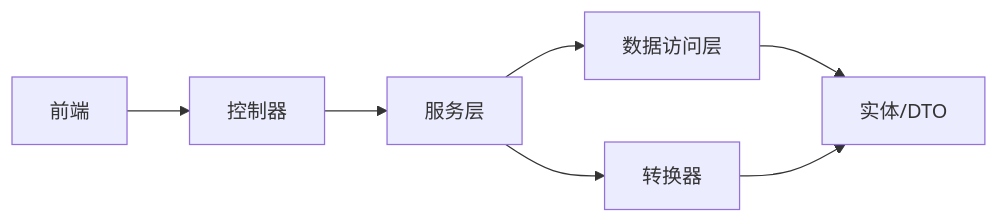
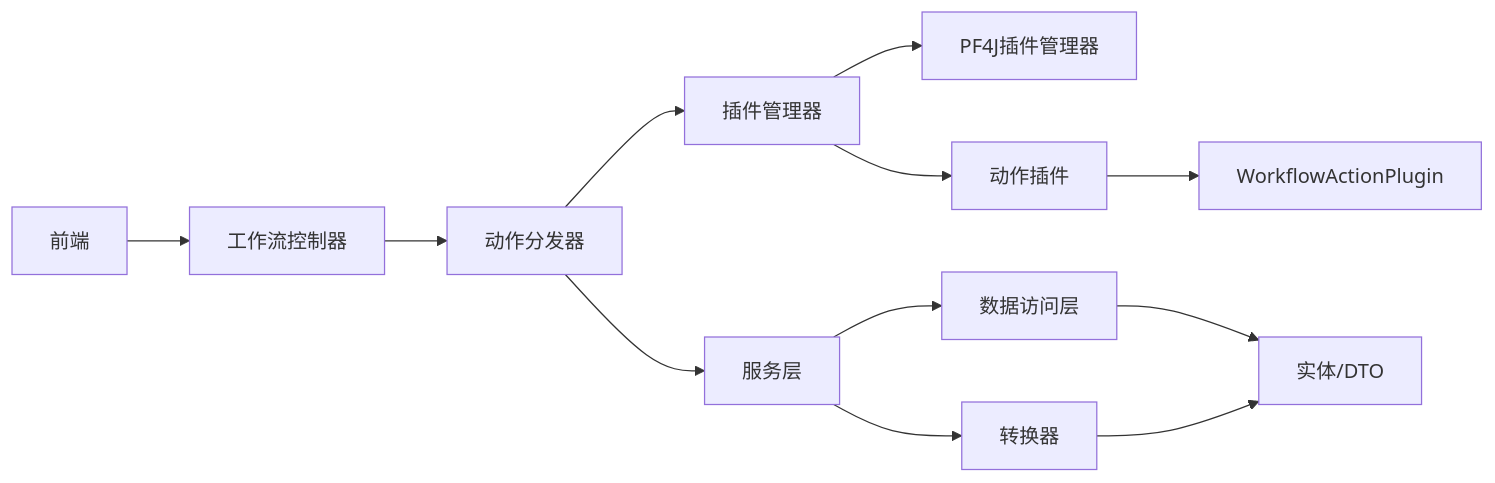
One commit to NJMrLi/genetics changed the eighth of 8 diagrams in .qoder/repowiki/zh/content/核心业务逻辑/表单提交流程设计.md. Above: the diagram before and after it, drawn with Mermaid. The commit also changed other lines of this file and 19 other files, not shown here.

````diff
--- a/.qoder/repowiki/zh/content/核心业务逻辑/表单提交流程设计.md
+++ b/.qoder/repowiki/zh/content/核心业务逻辑/表单提交流程设计.md
@@ -262,9 +432,14 @@
 ```mermaid
 graph LR
-FE["前端"] --> CTRL["控制器"]
-CTRL --> SVC["服务层"]
+FE["前端"] --> CTRL["工作流控制器"]
+CTRL --> DISP["动作分发器"]
+DISP --> PM["插件管理器"]
+PM --> PMF4J["PF4J插件管理器"]
+DISP --> SVC["服务层"]
 SVC --> CONV["转换器"]
 SVC --> MAPPER["数据访问层"]
 MAPPER --> ENTITY["实体/DTO"]
 CONV --> ENTITY
+PM --> PLUGINS["动作插件"]
+PLUGINS --> WAP["WorkflowActionPlugin"]
 ```
````
